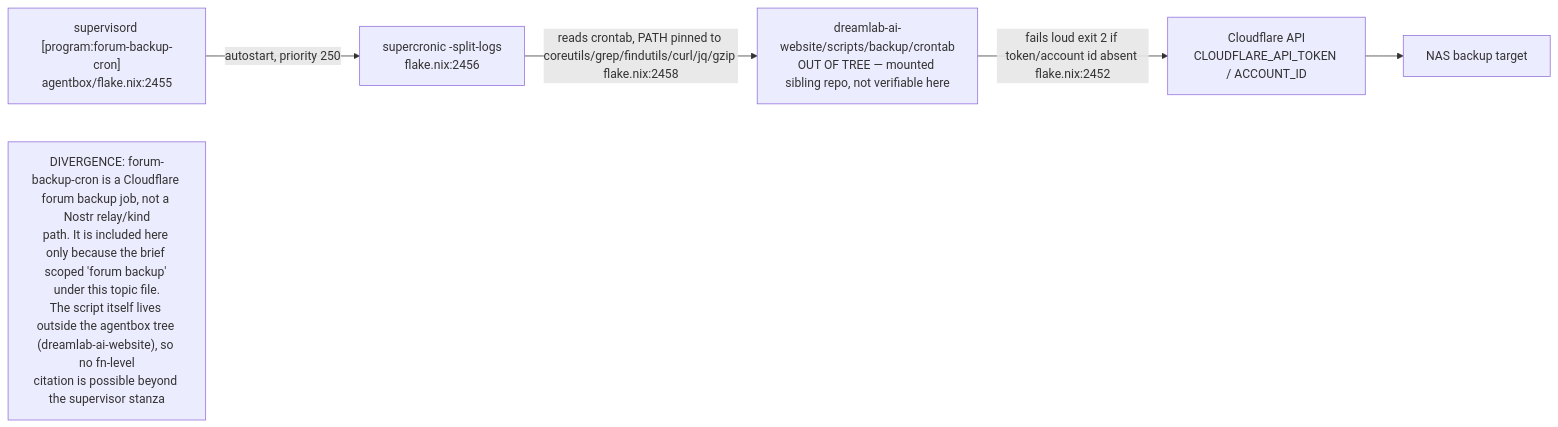
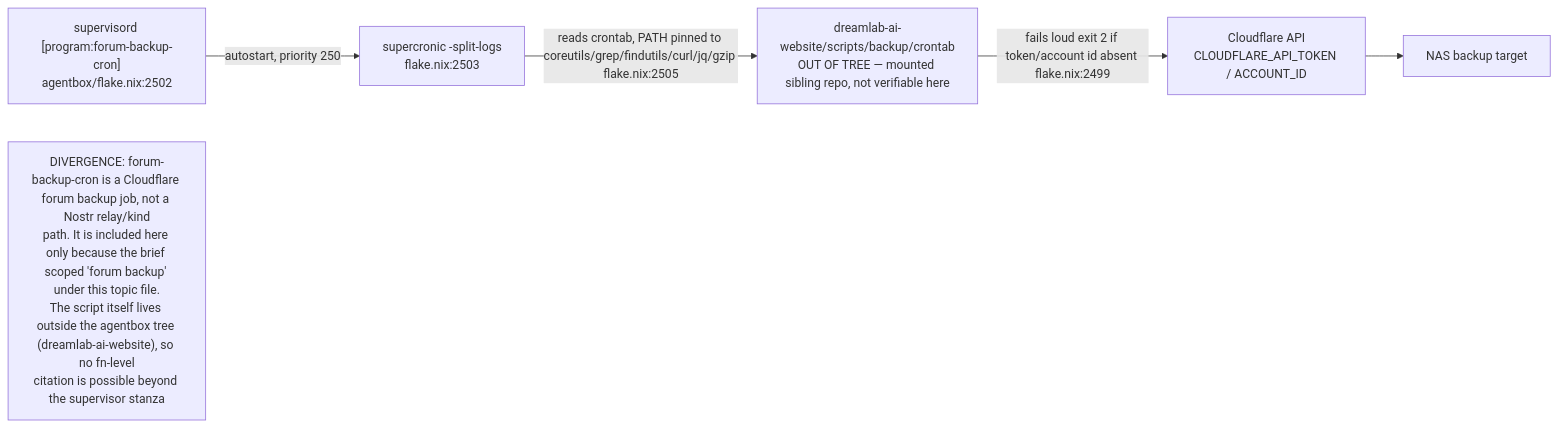
Diagram 14 of 17 in docs/diagrams/agentbox/13-nostr-relay-gateway-bridge-mirror.md (DreamLab-AI/VisionFlow), drawn with Mermaid before and after one commit. The commit also changed other lines of this file and 28 other files, not shown here.

````diff
--- a/docs/diagrams/agentbox/13-nostr-relay-gateway-bridge-mirror.md
+++ b/docs/diagrams/agentbox/13-nostr-relay-gateway-bridge-mirror.md
@@ -561,13 +562,13 @@
 ```mermaid
 flowchart LR
-    SUP["supervisord [program:forum-backup-cron]<br/>agentbox/flake.nix:2455"]
-    CRON["supercronic -split-logs<br/>flake.nix:2456"]
+    SUP["supervisord [program:forum-backup-cron]<br/>agentbox/flake.nix:2502"]
+    CRON["supercronic -split-logs<br/>flake.nix:2503"]
     SCRIPT["dreamlab-ai-website/scripts/backup/crontab<br/>OUT OF TREE — mounted sibling repo, not verifiable here"]
     CF["Cloudflare API<br/>CLOUDFLARE_API_TOKEN / ACCOUNT_ID"]
     NAS["NAS backup target"]
     SUP -->|"autostart, priority 250"| CRON
-    CRON -->|"reads crontab, PATH pinned to coreutils/grep/findutils/curl/jq/gzip flake.nix:2458"| SCRIPT
-    SCRIPT -->|"fails loud exit 2 if token/account id absent flake.nix:2452"| CF
+    CRON -->|"reads crontab, PATH pinned to coreutils/grep/findutils/curl/jq/gzip flake.nix:2505"| SCRIPT
+    SCRIPT -->|"fails loud exit 2 if token/account id absent flake.nix:2499"| CF
     CF --> NAS
 N1["DIVERGENCE: forum-backup-cron is a Cloudflare forum backup job, not a Nostr relay/kind<br/>path. It is included here only because the brief scoped 'forum backup' under this topic file.<br/>The script itself lives outside the agentbox tree (dreamlab-ai-website), so no fn-level<br/>citation is possible beyond the supervisor stanza"]
 ```
````
